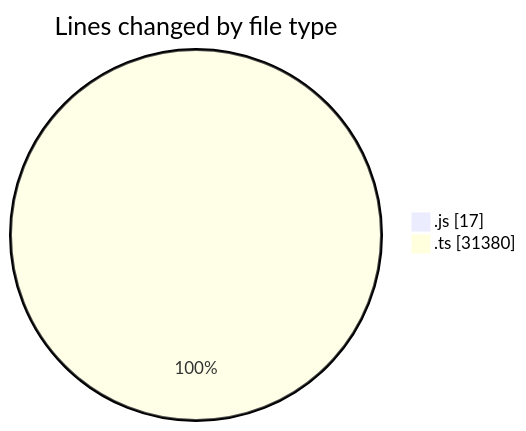
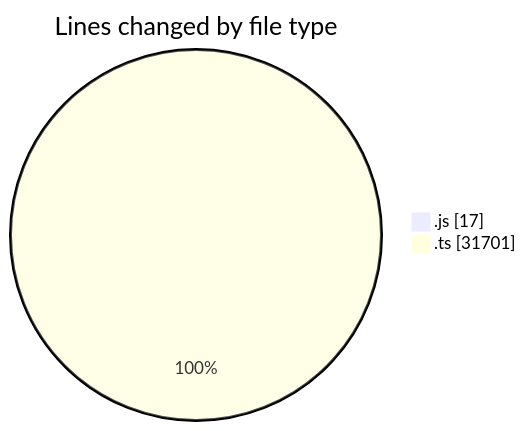
The first of 2 diagrams in 2026-07-27/cda/README.md (momahboobian/code-tracking), drawn with Mermaid before and after one commit. The commit also changed other lines of this file and 1 other file, not shown here.

````diff
--- a/2026-07-27/cda/README.md
+++ b/2026-07-27/cda/README.md
@@ -28,6 +29,6 @@
 ```mermaid
 pie showData
 title Lines changed by file type
 ".js" : 17
-".ts" : 31380
+".ts" : 31701
 ```
````
